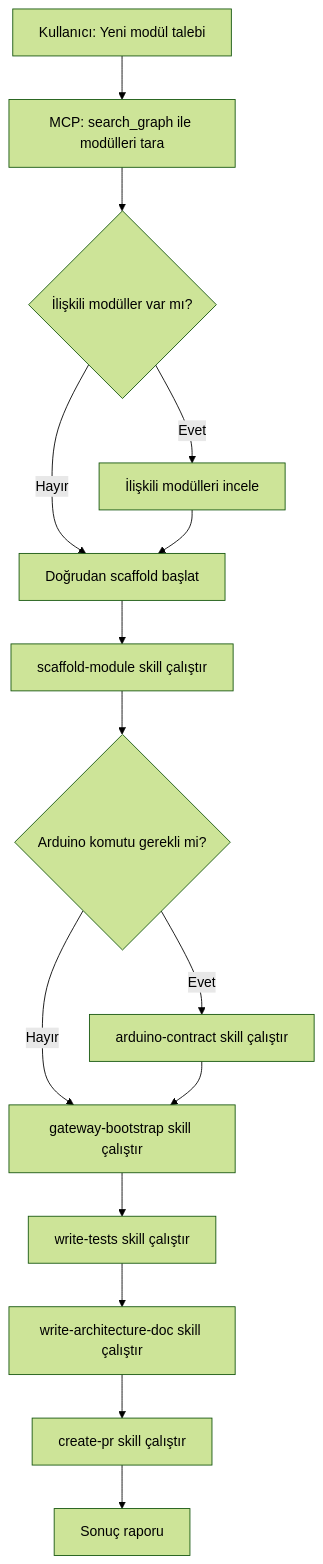
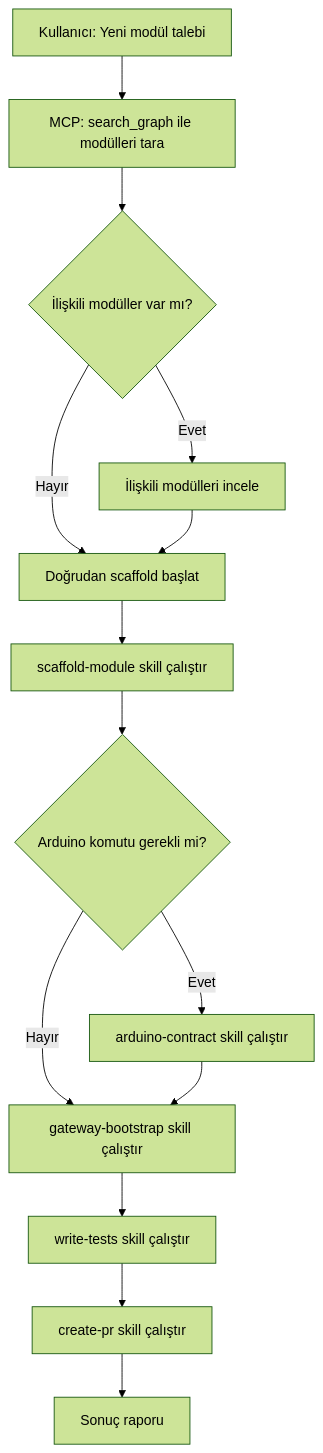
One commit to SentryCoderDev/SentryBOT changed the diagram in .sentrybot/agents/module-creator.md. Above: the diagram before and after it, drawn with Mermaid (forest theme). The commit also changed other lines of this file and 112 other files, not shown here.

````diff
--- a/.sentrybot/agents/module-creator.md
+++ b/.sentrybot/agents/module-creator.md
@@ -21,17 +20,16 @@
 ```mermaid
 flowchart TD
     A[Kullanıcı: Yeni modül talebi] --> B[MCP: search_graph ile modülleri tara]
     B --> C{İlişkili modüller var mı?}
     C -- Evet --> D[İlişkili modülleri incele]
     C -- Hayır --> E[Doğrudan scaffold başlat]
     D --> E
     E --> F[scaffold-module skill çalıştır]
     F --> G{Arduino komutu gerekli mi?}
     G -- Evet --> H[arduino-contract skill çalıştır]
     G -- Hayır --> I[gateway-bootstrap skill çalıştır]
     H --> I
     I --> J[write-tests skill çalıştır]
-    J --> K[write-architecture-doc skill çalıştır]
-    K --> L[create-pr skill çalıştır]
-    L --> M[Sonuç raporu]
+    J --> K[create-pr skill çalıştır]
+    K --> L[Sonuç raporu]
 ```
````
